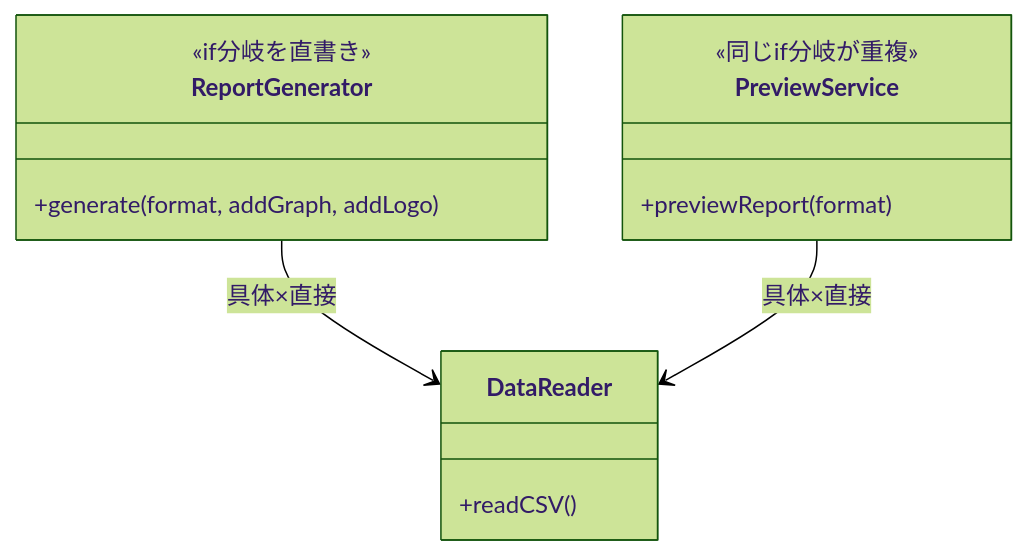
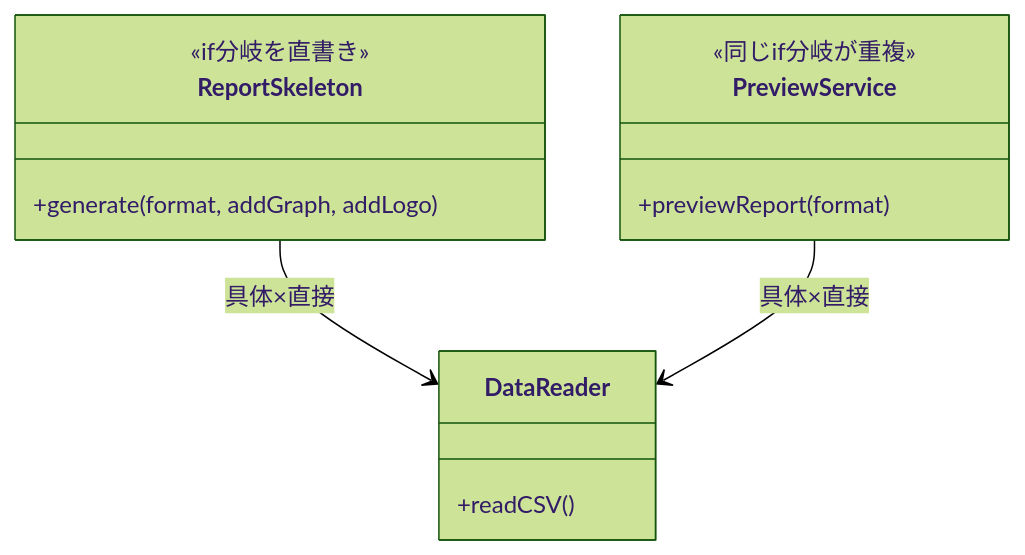
The third of 9 diagrams in kindle/design-patterns/output/chapter11.md (kumachan1101-pixel/DesignPattern), drawn with Mermaid (forest theme) before and after one commit. The commit also changed other lines of this file, not shown here.

````diff
--- a/kindle/design-patterns/output/chapter11.md
+++ b/kindle/design-patterns/output/chapter11.md
@@ -421,16 +421,16 @@
 ```mermaid
 classDiagram
-    class ReportGenerator {
+    class ReportSkeleton {
         <<if分岐を直書き>>
         +generate(format, addGraph, addLogo)
     }
     class PreviewService {
         <<同じif分岐が重複>>
         +previewReport(format)
     }
     class DataReader {
         +readCSV()
     }
-    ReportGenerator --> DataReader : 具体×直接
+    ReportSkeleton --> DataReader : 具体×直接
     PreviewService --> DataReader : 具体×直接
 ```
````
